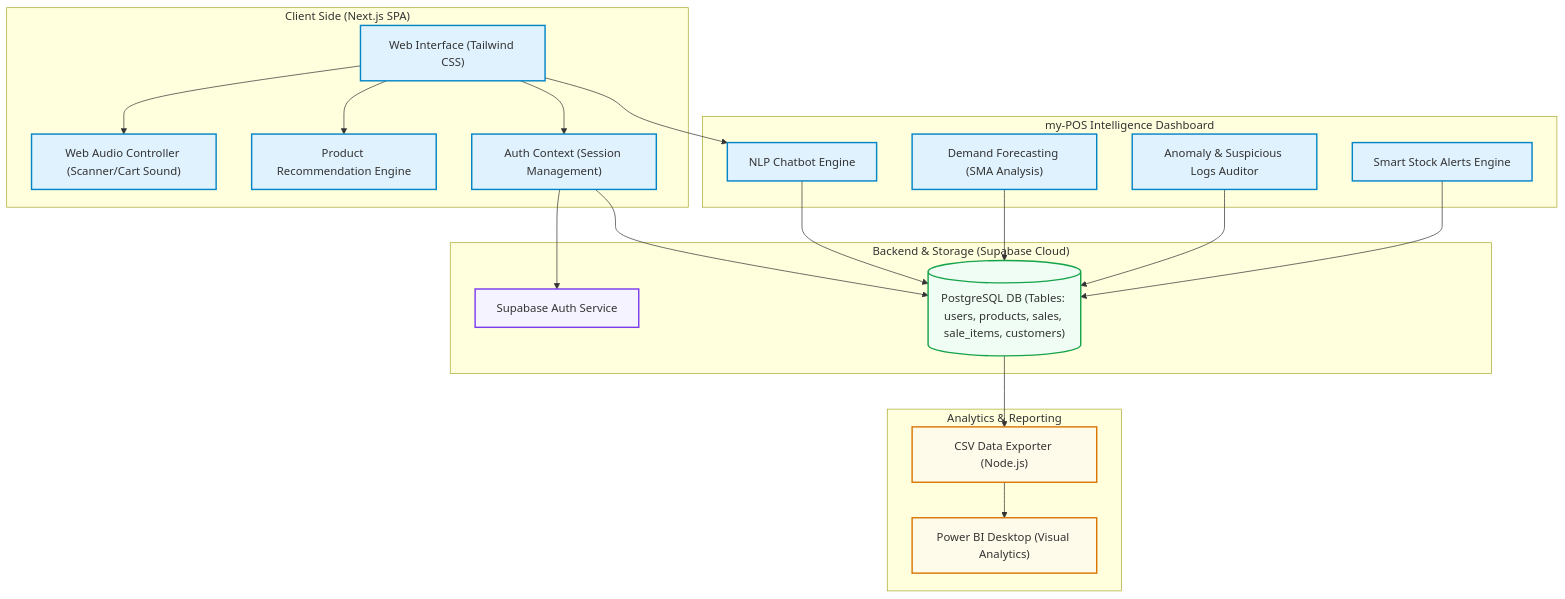
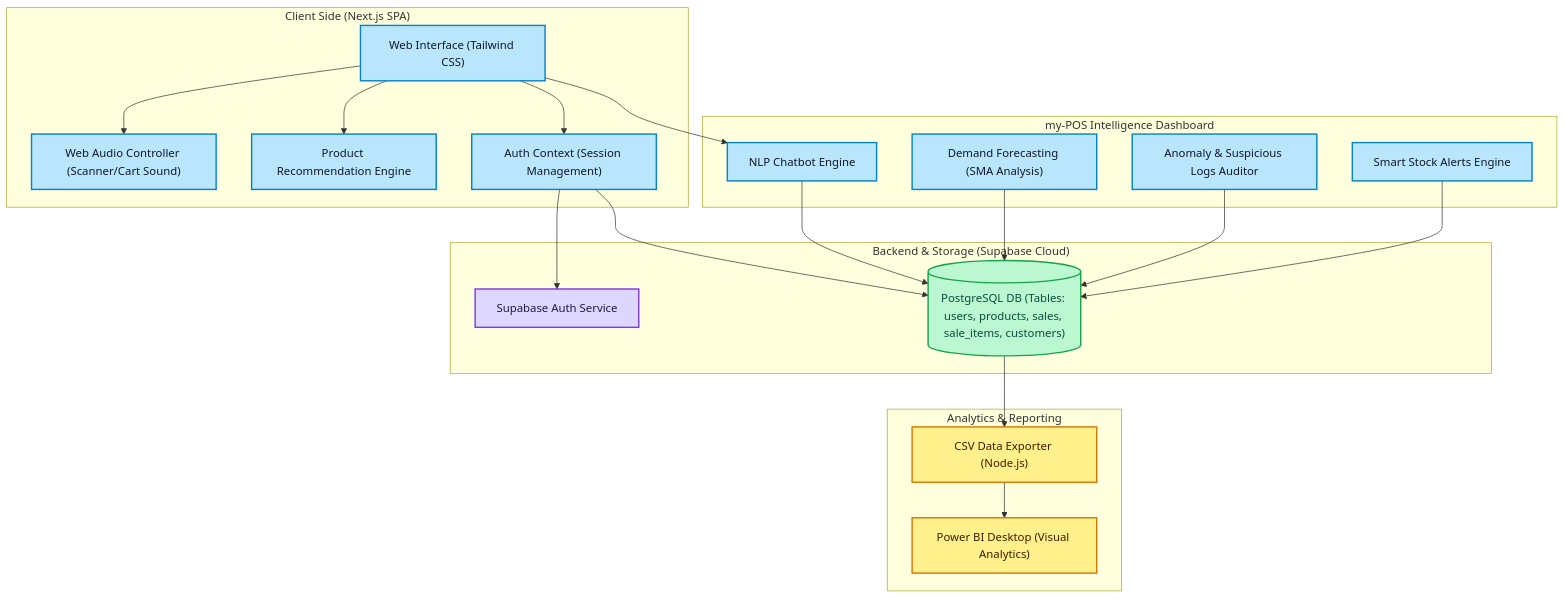
Before and after one commit to Nikish1429/my-pos: the diagram in README.md, drawn with Mermaid.

Commit message:
Optimize system architecture diagram node text contrast and colors for dark/light themes

````diff
--- a/README.md
+++ b/README.md
@@ -53,49 +53,49 @@
 ```mermaid
 graph TD
-    classDef client fill:#e0f2fe,stroke:#0284c7,stroke-width:2px;
-    classDef server fill:#f5f3ff,stroke:#7c3aed,stroke-width:2px;
-    classDef db fill:#f0fdf4,stroke:#16a34a,stroke-width:2px;
-    classDef bi fill:#fffbeb,stroke:#d97706,stroke-width:2px;
+    classDef client fill:#bae6fd,stroke:#0284c7,stroke-width:2px,color:#0f172a;
+    classDef server fill:#ddd6fe,stroke:#7c3aed,stroke-width:2px,color:#1e1b4b;
+    classDef db fill:#bbf7d0,stroke:#16a34a,stroke-width:2px,color:#064e3b;
+    classDef bi fill:#fef08a,stroke:#d97706,stroke-width:2px,color:#451a03;
 
     subgraph Client ["Client Side (Next.js SPA)"]
         UI["Web Interface (Tailwind CSS)"]:::client
         Audio["Web Audio Controller (Scanner/Cart Sound)"]:::client
         Rec["Product Recommendation Engine"]:::client
         AuthContext["Auth Context (Session Management)"]:::client
     end
 
     subgraph Intelligence ["my-POS Intelligence Dashboard"]
         Chatbot["NLP Chatbot Engine"]:::client
         Forecast["Demand Forecasting (SMA Analysis)"]:::client
         Anomaly["Anomaly & Suspicious Logs Auditor"]:::client
         InventoryAlert["Smart Stock Alerts Engine"]:::client
     end
 
     subgraph Backend ["Backend & Storage (Supabase Cloud)"]
         Auth["Supabase Auth Service"]:::server
         DB[("PostgreSQL DB (Tables: users, products, sales, sale_items, customers)")]:::db
     end
 
     subgraph PowerBI ["Analytics & Reporting"]
         CSVExport["CSV Data Exporter (Node.js)"]:::bi
         PBIReport["Power BI Desktop (Visual Analytics)"]:::bi
     end
 
     %% Flows
     UI --> AuthContext
     AuthContext --> Auth
     UI --> Audio
     UI --> Rec
     UI --> Chatbot
     
     %% DB Queries
     AuthContext --> DB
     Chatbot --> DB
     Forecast --> DB
     Anomaly --> DB
     InventoryAlert --> DB
     
     %% Exports
     DB --> CSVExport
     CSVExport --> PBIReport
 ```
````
